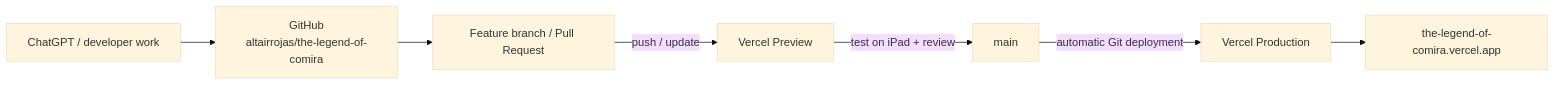
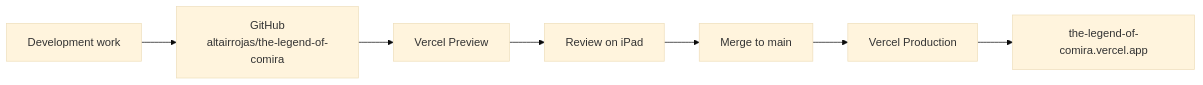
One commit to altairrojas/the-legend-of-comira changed the third of 5 diagrams in README.md. Above: the diagram before and after it, drawn with Mermaid (base theme). The commit also changed other lines of this file, not shown here.

Commit message:
docs: fix Mermaid rendering and Cova naming

````diff
--- a/README.md
+++ b/README.md
@@ -264,17 +203,9 @@
 ```mermaid
-flowchart LR
-    Dev[ChatGPT / developer work]
-    GH[GitHub\naltairrojas/the-legend-of-comira]
-    PR[Feature branch / Pull Request]
-    VP[Vercel Preview]
-    Main[main]
-    Prod[Vercel Production]
-    Domain[the-legend-of-comira.vercel.app]
-
-    Dev --> GH
-    GH --> PR
-    PR -->|push / update| VP
-    VP -->|test on iPad + review| Main
-    Main -->|automatic Git deployment| Prod
-    Prod --> Domain
+graph LR;
+    Work["Development work"] --> GitHub["GitHub<br/>altairrojas/the-legend-of-comira"];
+    GitHub --> Preview["Vercel Preview"];
+    Preview --> Review["Review on iPad"];
+    Review --> Main["Merge to main"];
+    Main --> Production["Vercel Production"];
+    Production --> Domain["the-legend-of-comira.vercel.app"];
 ```
````
